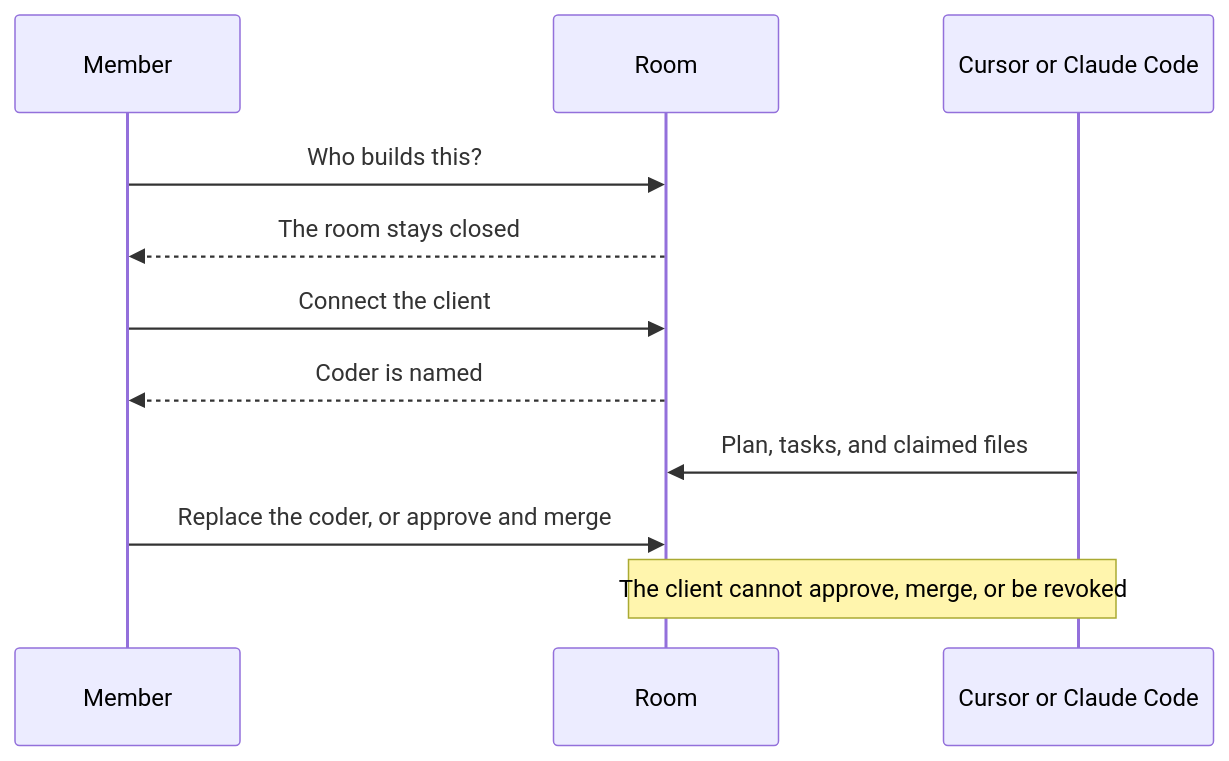
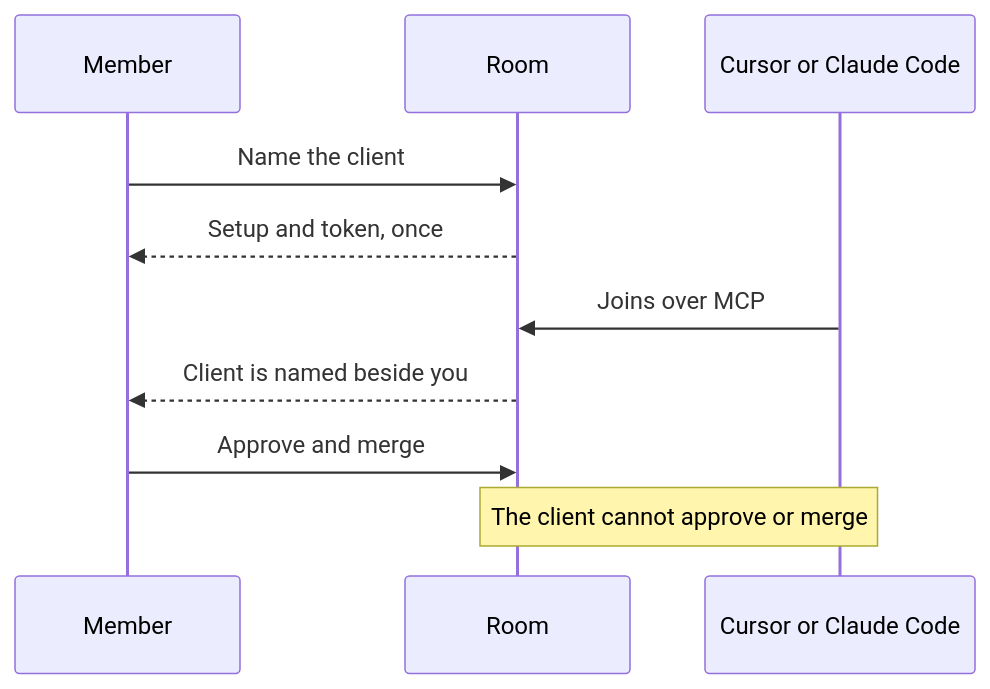
One commit to DogukanGun/colag changed the second of 3 diagrams in README.md. Above: the diagram before and after it, drawn with Mermaid. The commit also changed other lines of this file and 7 other files, not shown here.

````diff
--- a/README.md
+++ b/README.md
@@ -64,13 +65,12 @@
 ```mermaid
 sequenceDiagram
   participant Member
   participant Room
   participant Client as Cursor or Claude Code
-  Member->>Room: Who builds this?
-  Room-->>Member: The room stays closed
-  Member->>Room: Connect the client
-  Room-->>Member: Coder is named
-  Client->>Room: Plan, tasks, and claimed files
-  Member->>Room: Replace the coder, or approve and merge
-  Note over Client,Room: The client cannot approve, merge, or be revoked
+  Member->>Room: Name the client
+  Room-->>Member: Setup and token, once
+  Client->>Room: Joins over MCP
+  Room-->>Member: Client is named beside you
+  Member->>Room: Approve and merge
+  Note over Client,Room: The client cannot approve or merge
 ```
````
